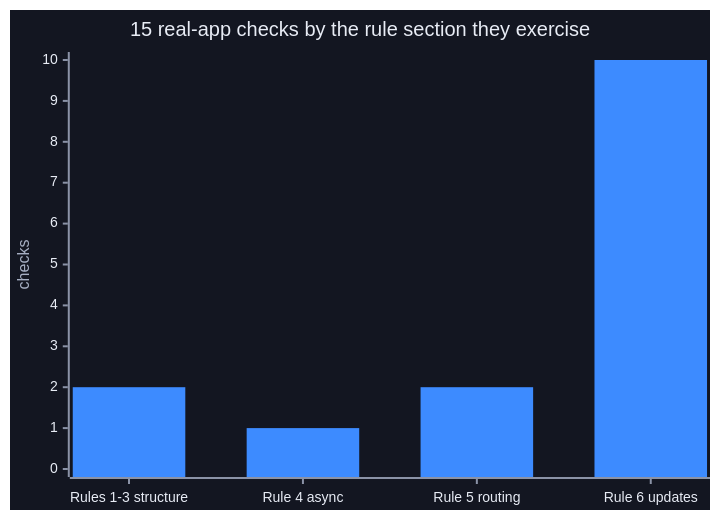
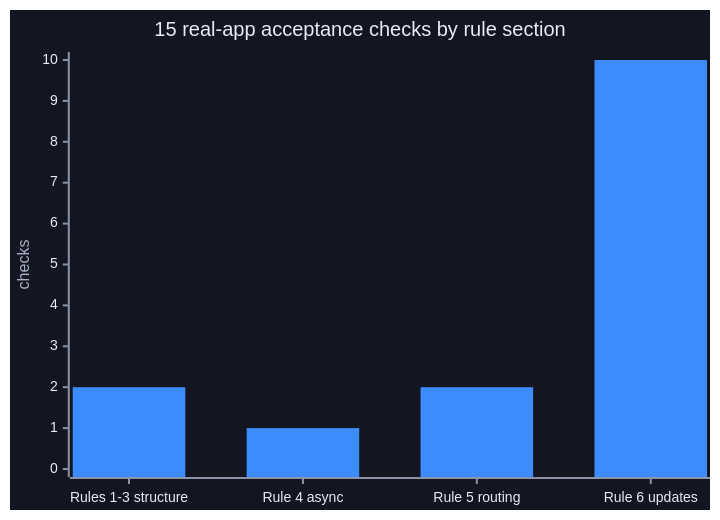
One commit to Technoetic/webapp6 changed the third of 3 diagrams in README.md. Above: the diagram before and after it, drawn with Mermaid. The commit also changed other lines of this file and 59 other files, not shown here.

````diff
--- a/README.md
+++ b/README.md
@@ -141,8 +133,8 @@
 ```mermaid
 %%{init: {'theme': 'base', 'themeVariables': {'xyChart': {'backgroundColor': '#131621', 'titleColor': '#E8ECF5', 'xAxisLabelColor': '#E8ECF5', 'yAxisLabelColor': '#E8ECF5', 'xAxisTitleColor': '#A7B0C4', 'yAxisTitleColor': '#A7B0C4', 'xAxisLineColor': '#8B93A7', 'yAxisLineColor': '#8B93A7', 'xAxisTickColor': '#8B93A7', 'yAxisTickColor': '#8B93A7', 'plotColorPalette': '#3D8BFF'}}}}%%
 xychart-beta
-    title "15 real-app checks by the rule section they exercise"
+    title "15 real-app acceptance checks by rule section"
     x-axis ["Rules 1-3 structure", "Rule 4 async", "Rule 5 routing", "Rule 6 updates"]
     y-axis "checks" 0 --> 10
     bar [2, 1, 2, 10]
 ```
````
